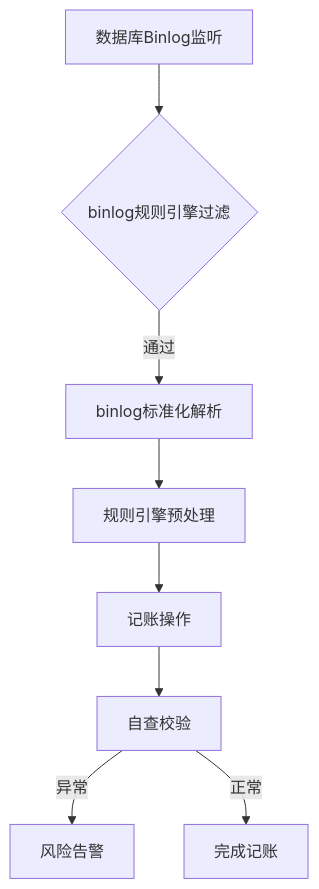
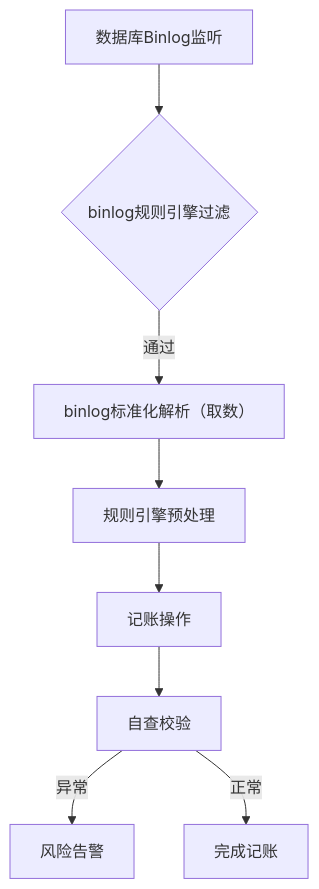
One commit to 87828943/iodraw-files changed the diagram in all/架构流程.md. Above: the diagram before and after it, drawn with Mermaid.

Commit message:
2025-07-07 10:56:07 update

````diff
--- a/all/架构流程.md
+++ b/all/架构流程.md
@@ -1,10 +1,10 @@
 ```mermaid
 graph TD
     A[数据库Binlog监听] --> B{binlog规则引擎过滤}
-    B -->|通过| C[binlog标准化解析]
+    B -->|通过| C[binlog标准化解析（取数）]
     C --> D[规则引擎预处理]
     D --> E[记账操作]
     E --> F[自查校验]
     F -->|异常| G[风险告警]
     F -->|正常| H[完成记账]
 ```
````
